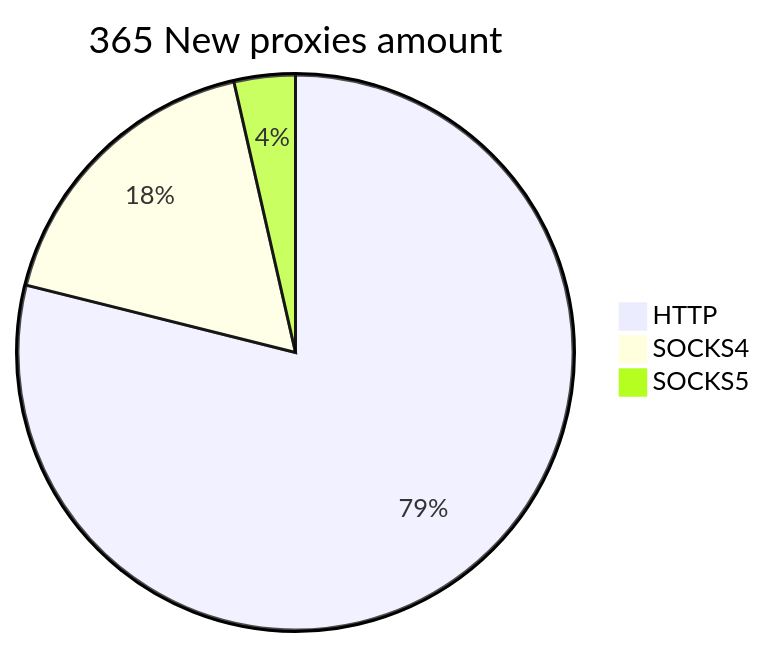
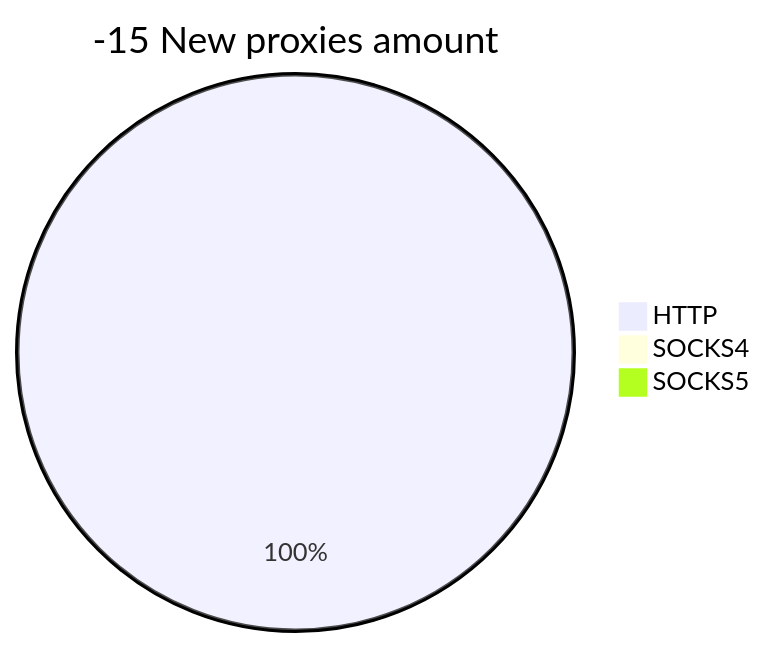
Before and after one commit to cutipu/proxylist: the second of 2 diagrams in README.md, drawn with Mermaid. The commit also changed other lines of this file, not shown here.

````diff
--- a/README.md
+++ b/README.md
@@ -10,6 +10,6 @@
 ```mermaid
-pie title 365 New proxies amount
-    "HTTP" : 288
-    "SOCKS4" : 64
-    "SOCKS5" : 13
+pie title -15 New proxies amount
+    "HTTP" : 1
+    "SOCKS4" : 0
+    "SOCKS5" : 0
 ```
````
